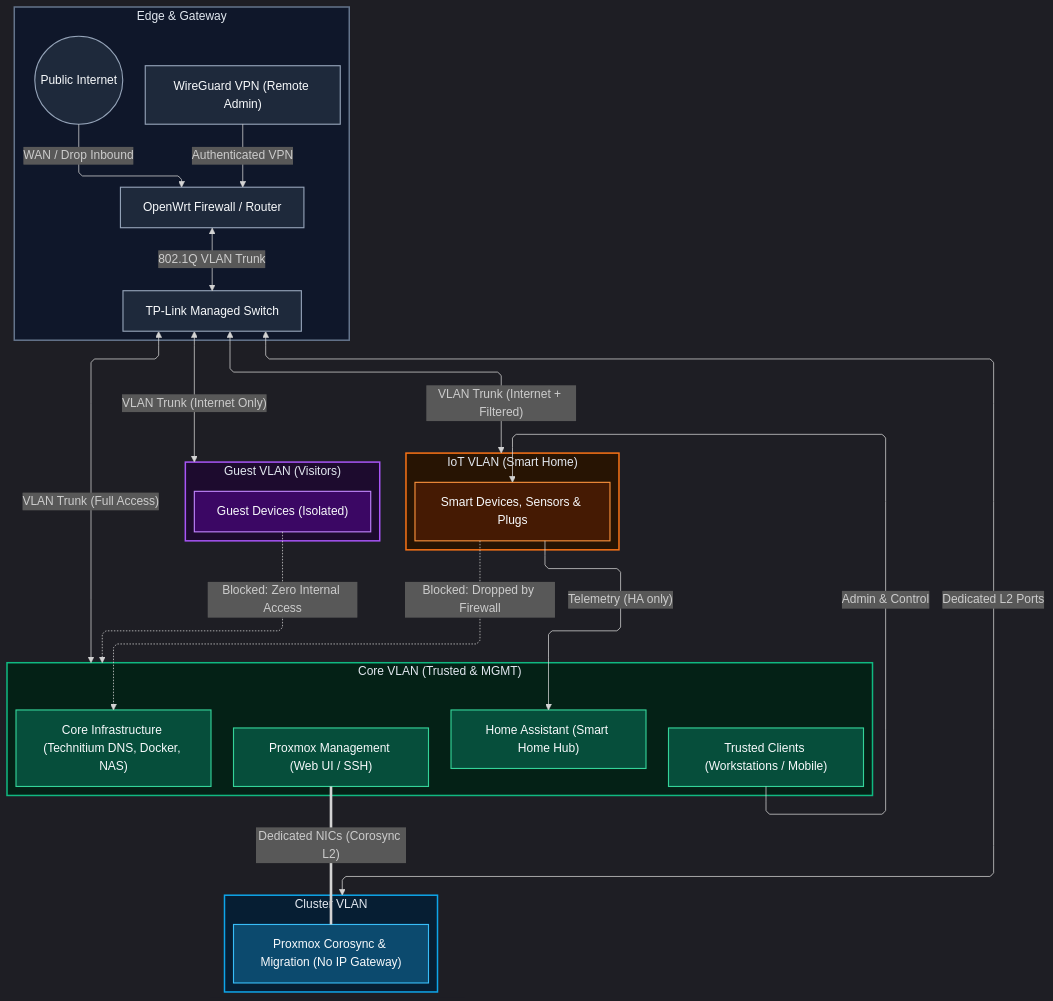
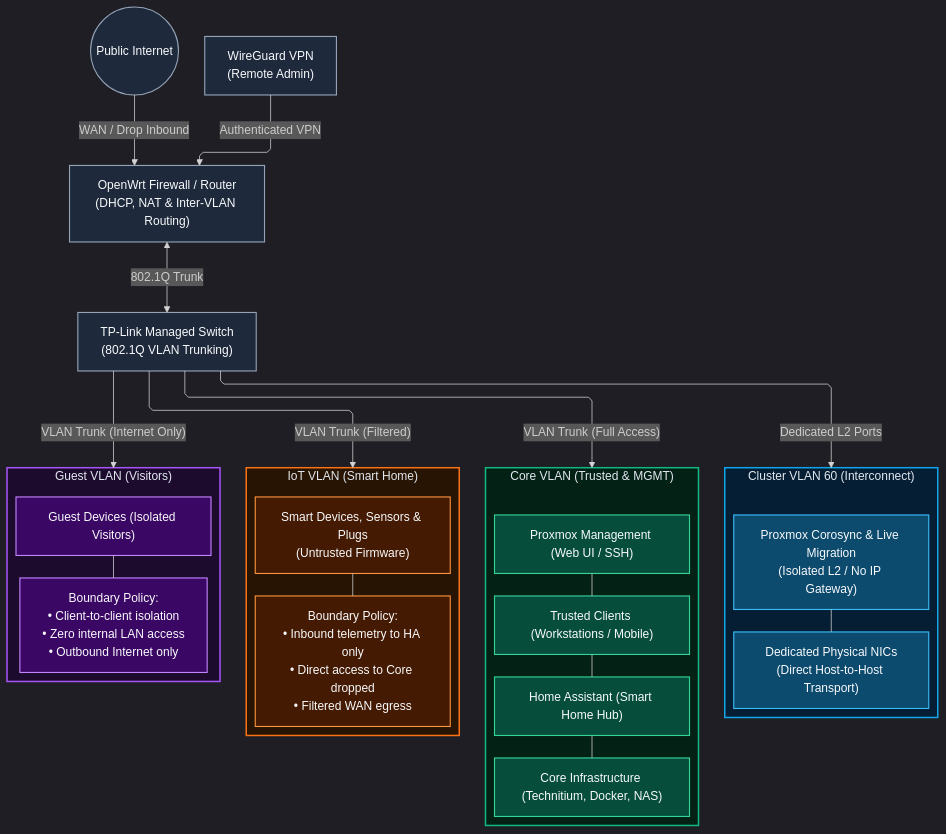
The second of 6 diagrams in docs/architecture.md (M0zzi3/homelab), drawn with Mermaid before and after one commit.

Commit message:
docs: restructure Diagram 2 with centered edge and 4 side-by-side VLAN columns

````diff
--- a/docs/architecture.md
+++ b/docs/architecture.md
@@ -131,74 +131,71 @@
 ```mermaid
 ---
 config:
   theme: dark
   layout: elk
   flowchart:
     curve: linear
 ---
 flowchart TD
-    %% Top: Edge & Gateway Layer
-    subgraph Ingress ["Edge & Gateway"]
-        Internet(("Public Internet"))
-        WireGuard["WireGuard VPN (Remote Admin)"]
-        OpenWrt["OpenWrt Firewall / Router"]
-        Switch["TP-Link Managed Switch"]
+    %% Top Tier: Network Edge & Gateway
+    Internet(("Public Internet")) -->|"WAN / Drop Inbound"| OpenWrt["OpenWrt Firewall / Router\n(DHCP, NAT & Inter-VLAN Routing)"]
+    WireGuard["WireGuard VPN\n(Remote Admin)"] -->|"Authenticated VPN"| OpenWrt
+    OpenWrt <-->|"802.1Q Trunk"| Switch["TP-Link Managed Switch\n(802.1Q VLAN Trunking)"]
 
-        Internet -->|"WAN / Drop Inbound"| OpenWrt
-        WireGuard -->|"Authenticated VPN"| OpenWrt
-        OpenWrt <-->|"802.1Q VLAN Trunk"| Switch
-    end
-
-    %% 4 VLAN Boxes Side-by-Side Underneath
-    subgraph ClusterVLAN ["Cluster VLAN"]
-        Corosync["Proxmox Corosync & Migration (No IP Gateway)"]
+    %% Middle Tier: 4 Side-by-Side VLAN Columns
+    subgraph ClusterVLAN ["Cluster VLAN 60 (Interconnect)"]
+        direction TB
+        Corosync["Proxmox Corosync & Live Migration\n(Isolated L2 / No IP Gateway)"]
+        ClusterNICs["Dedicated Physical NICs\n(Direct Host-to-Host Transport)"]
+        Corosync --- ClusterNICs
     end
 
     subgraph CoreVLAN ["Core VLAN (Trusted & MGMT)"]
+        direction TB
+        ProxmoxMgmt["Proxmox Management (Web UI / SSH)"]
         TrustedClients["Trusted Clients (Workstations / Mobile)"]
-        ProxmoxMgmt["Proxmox Management (Web UI / SSH)"]
         HA["Home Assistant (Smart Home Hub)"]
-        CoreServices["Core Infrastructure (Technitium DNS, Docker, NAS)"]
+        CoreServices["Core Infrastructure (Technitium, Docker, NAS)"]
+        ProxmoxMgmt --- TrustedClients
+        HA --- CoreServices
+        TrustedClients --- HA
     end
 
     subgraph IoTVLAN ["IoT VLAN (Smart Home)"]
-        IoTDevices["Smart Devices, Sensors & Plugs"]
+        direction TB
+        IoTDevices["Smart Devices, Sensors & Plugs\n(Untrusted Firmware)"]
+        IoTPolicy["Boundary Policy:\n• Inbound telemetry to HA only\n• Direct access to Core dropped\n• Filtered WAN egress"]
+        IoTDevices --- IoTPolicy
     end
 
     subgraph GuestVLAN ["Guest VLAN (Visitors)"]
-        GuestClients["Guest Devices (Isolated)"]
+        direction TB
+        GuestClients["Guest Devices (Isolated Visitors)"]
+        GuestPolicy["Boundary Policy:\n• Client-to-client isolation\n• Zero internal LAN access\n• Outbound Internet only"]
+        GuestClients --- GuestPolicy
     end
 
-    %% Switch Downlink Connections
-    Switch <-->|"Dedicated L2 Ports"| ClusterVLAN
-    Switch <-->|"VLAN Trunk (Full Access)"| CoreVLAN
-    Switch <-->|"VLAN Trunk (Internet + Filtered)"| IoTVLAN
-    Switch <-->|"VLAN Trunk (Internet Only)"| GuestVLAN
+    %% Switch Downlinks to 4 VLANs
+    Switch -->|"Dedicated L2 Ports"| ClusterVLAN
+    Switch -->|"VLAN Trunk (Full Access)"| CoreVLAN
+    Switch -->|"VLAN Trunk (Filtered)"| IoTVLAN
+    Switch -->|"VLAN Trunk (Internet Only)"| GuestVLAN
 
-    %% Inter-VLAN & Node Policies
-    ProxmoxMgmt ===|"Dedicated NICs (Corosync L2)"| Corosync
-    TrustedClients -->|"Admin & Control"| IoTDevices
-    IoTDevices -->|"Telemetry (HA only)"| HA
-    IoTDevices -.->|"Blocked: Dropped by Firewall"| CoreServices
-    GuestClients -.->|"Blocked: Zero Internal Access"| CoreVLAN
-
-    %% Styles for 4 VLAN Boxes
-    style Ingress fill:#0f172a,stroke:#64748b,stroke-width:2px,color:#e2e8f0;
+    %% Styling
     style ClusterVLAN fill:#061e33,stroke:#0ea5e9,stroke-width:2px,color:#e2e8f0;
     style CoreVLAN fill:#042116,stroke:#10b981,stroke-width:2px,color:#e2e8f0;
     style IoTVLAN fill:#271403,stroke:#f97316,stroke-width:2px,color:#e2e8f0;
     style GuestVLAN fill:#1d0b2e,stroke:#a855f7,stroke-width:2px,color:#e2e8f0;
 
-    %% Node styling
     classDef edgeNode fill:#1e293b,stroke:#94a3b8,stroke-width:1.5px,color:#f8fafc;
     classDef clusterNode fill:#0c4a6e,stroke:#38bdf8,stroke-width:1.5px,color:#f8fafc;
     classDef coreNode fill:#064e3b,stroke:#34d399,stroke-width:1.5px,color:#f8fafc;
     classDef iotNode fill:#451a03,stroke:#fb923c,stroke-width:1.5px,color:#f8fafc;
     classDef guestNode fill:#3b0764,stroke:#c084fc,stroke-width:1.5px,color:#f8fafc;
 
     class Internet,WireGuard,OpenWrt,Switch edgeNode;
-    class Corosync clusterNode;
-    class TrustedClients,ProxmoxMgmt,HA,CoreServices coreNode;
-    class IoTDevices iotNode;
-    class GuestClients guestNode;
+    class Corosync,ClusterNICs clusterNode;
+    class ProxmoxMgmt,TrustedClients,HA,CoreServices coreNode;
+    class IoTDevices,IoTPolicy iotNode;
+    class GuestClients,GuestPolicy guestNode;
 ```
````
